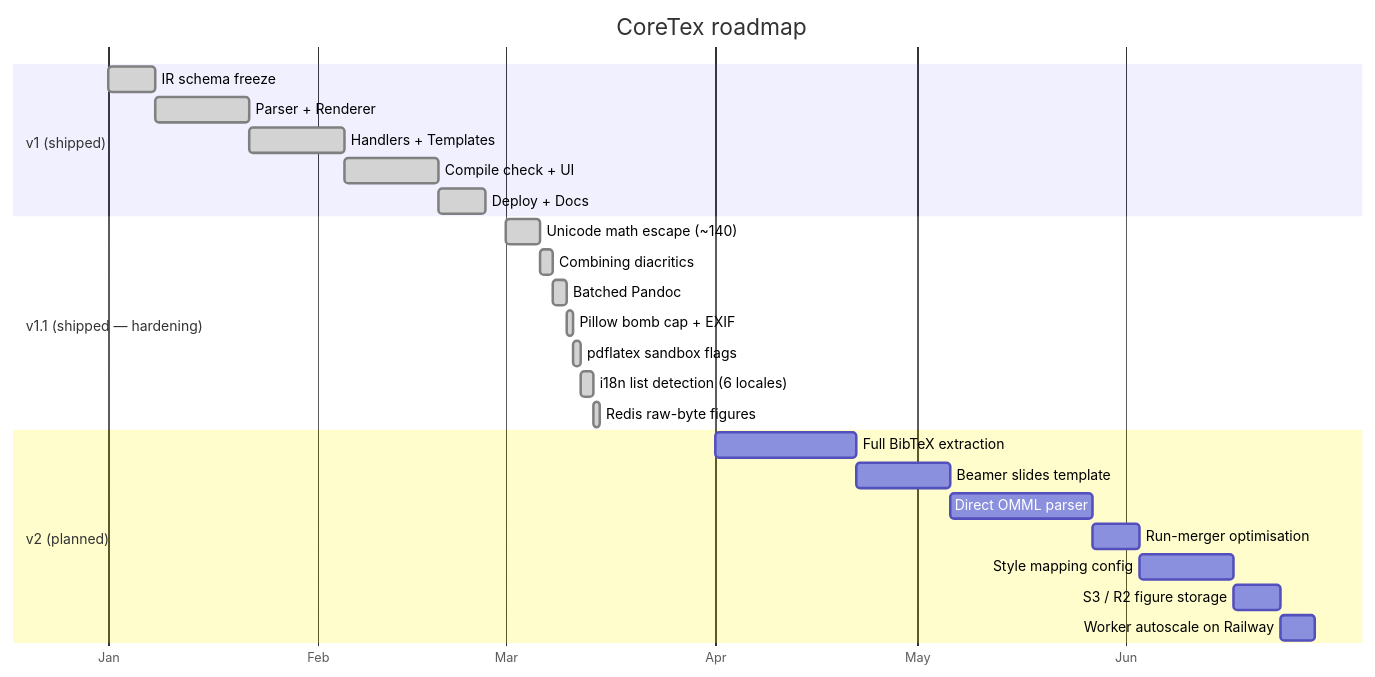
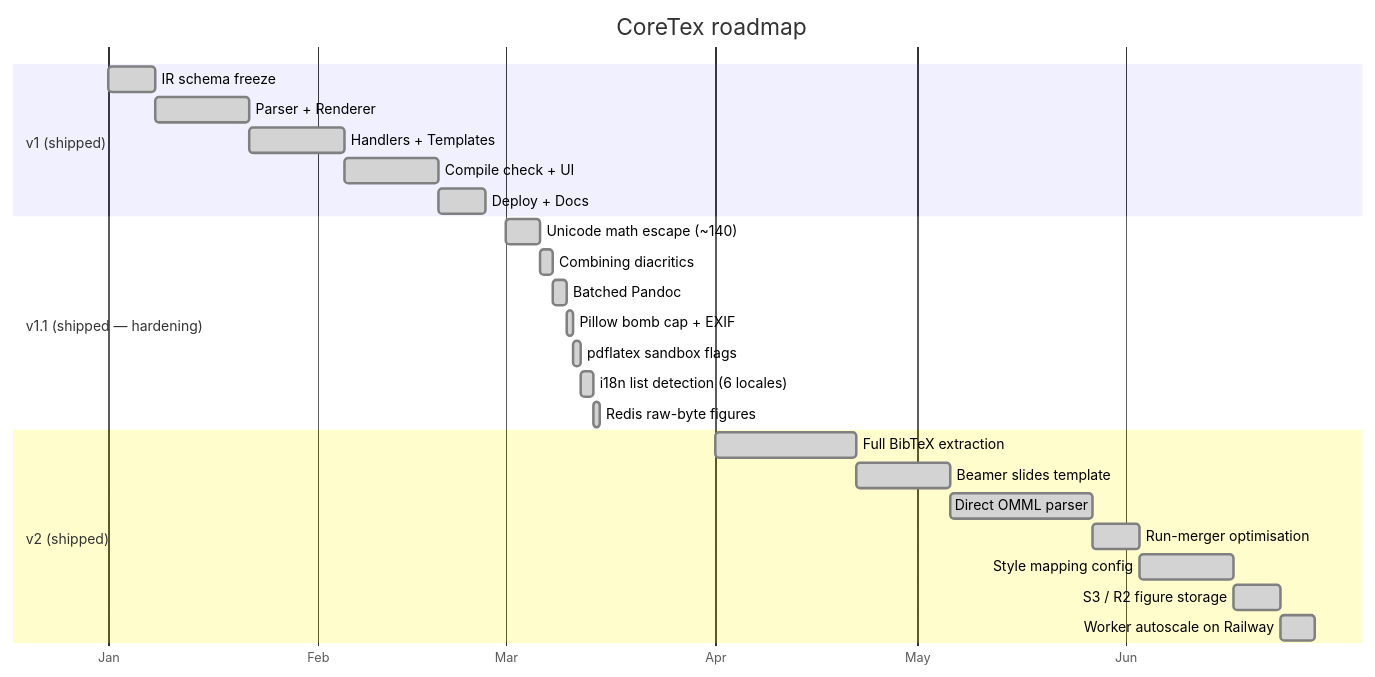
One commit to TheClazer/CoreTex changed the third of 3 diagrams in README.md. Above: the diagram before and after it, drawn with Mermaid. The commit also changed other lines of this file and 11 other files, not shown here.

First line of the commit message:
feat(v2): style-mapping config, S3/R2 figure storage, worker autoscale

````diff
--- a/README.md
+++ b/README.md
@@ -468,31 +468,31 @@
 ```mermaid
 gantt
     title CoreTex roadmap
     dateFormat YYYY-MM-DD
     axisFormat %b
 
     section v1 (shipped)
     IR schema freeze              :done, 2026-01-01, 7d
     Parser + Renderer             :done, 2026-01-08, 14d
     Handlers + Templates          :done, 2026-01-22, 14d
     Compile check + UI            :done, 2026-02-05, 14d
     Deploy + Docs                 :done, 2026-02-19, 7d
 
     section v1.1 (shipped — hardening)
     Unicode math escape (~140)    :done, 2026-03-01, 5d
     Combining diacritics          :done, 2026-03-06, 2d
     Batched Pandoc                :done, 2026-03-08, 2d
     Pillow bomb cap + EXIF        :done, 2026-03-10, 1d
     pdflatex sandbox flags        :done, 2026-03-11, 1d
     i18n list detection (6 locales) :done, 2026-03-12, 2d
     Redis raw-byte figures        :done, 2026-03-14, 1d
 
-    section v2 (planned)
-    Full BibTeX extraction        :2026-04-01, 21d
-    Beamer slides template        :2026-04-22, 14d
-    Direct OMML parser            :2026-05-06, 21d
-    Run-merger optimisation       :2026-05-27, 7d
-    Style mapping config          :2026-06-03, 14d
-    S3 / R2 figure storage        :2026-06-17, 7d
-    Worker autoscale on Railway   :2026-06-24, 5d
+    section v2 (shipped)
+    Full BibTeX extraction        :done, 2026-04-01, 21d
+    Beamer slides template        :done, 2026-04-22, 14d
+    Direct OMML parser            :done, 2026-05-06, 21d
+    Run-merger optimisation       :done, 2026-05-27, 7d
+    Style mapping config          :done, 2026-06-03, 14d
+    S3 / R2 figure storage        :done, 2026-06-17, 7d
+    Worker autoscale on Railway   :done, 2026-06-24, 5d
 ```
````
